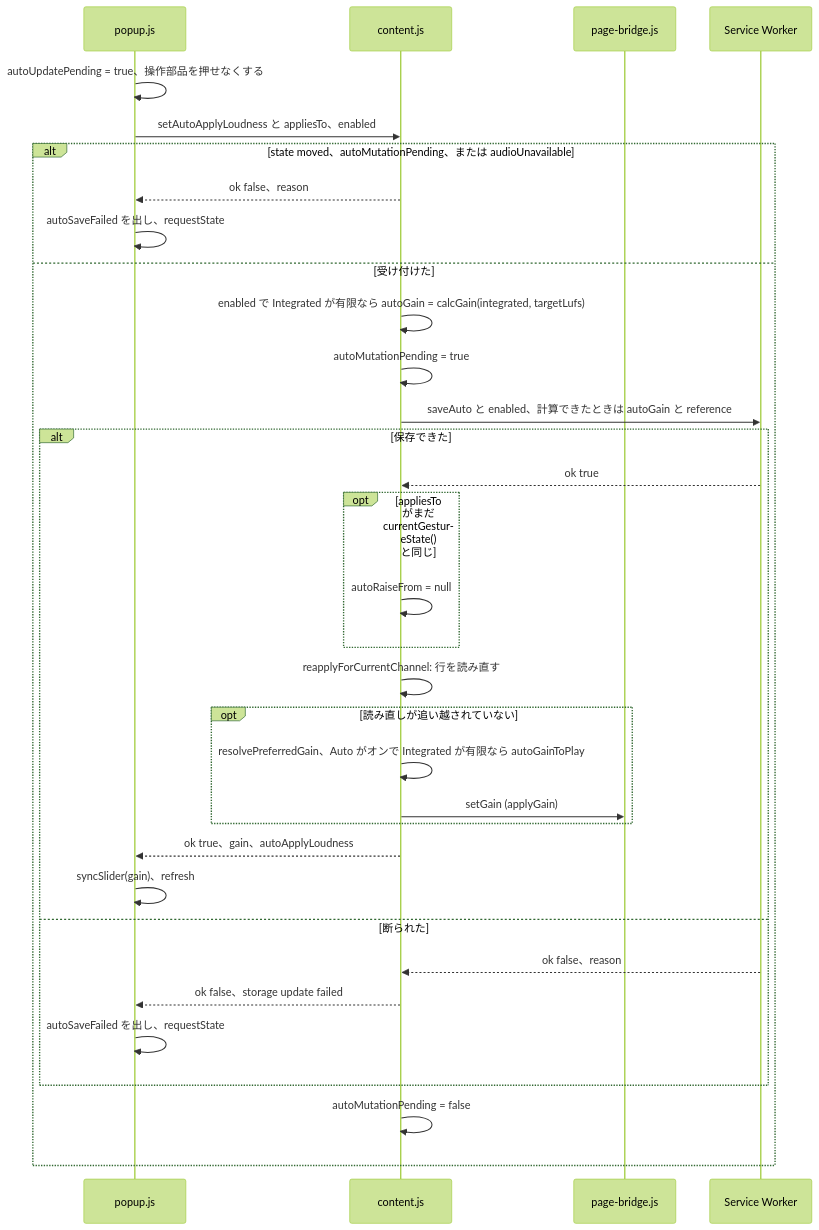
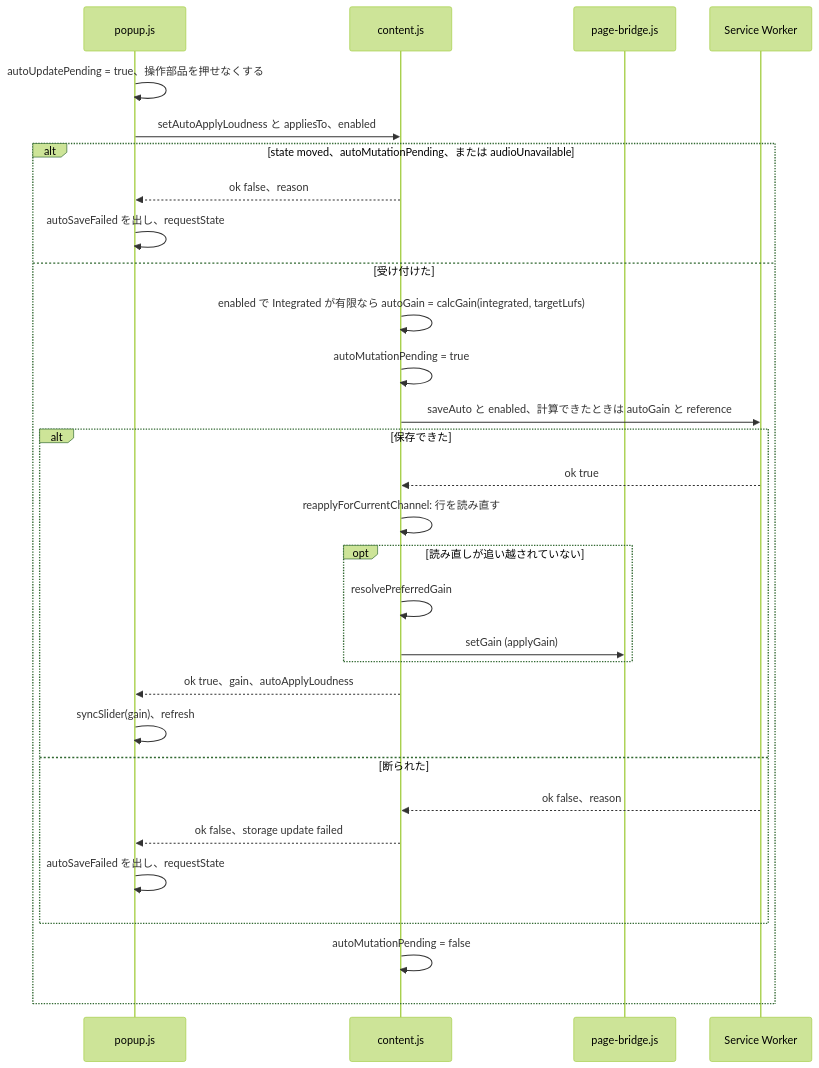
One commit to semnil/twitch-channel-volume changed the seventh of 17 diagrams in docs/gain-change-and-save.ja.md. Above: the diagram before and after it, drawn with Mermaid (forest theme). The commit also changed other lines of this file and 4 other files, not shown here.

Commit message:
docs: describe Auto as playing the gain the Integrated value asks for

````diff
--- a/docs/gain-change-and-save.ja.md
+++ b/docs/gain-change-and-save.ja.md
@@ -328,35 +328,32 @@
 ```mermaid
 sequenceDiagram
   participant popup as popup.js
   participant content as content.js
   participant bridge as page-bridge.js
   participant sw as Service Worker
   popup->>popup: autoUpdatePending = true、操作部品を押せなくする
   popup->>content: setAutoApplyLoudness と appliesTo、enabled
   alt state moved、autoMutationPending、または audioUnavailable
     content-->>popup: ok false、reason
     popup->>popup: autoSaveFailed を出し、requestState
   else 受け付けた
     content->>content: enabled で Integrated が有限なら autoGain = calcGain(integrated, targetLufs)
     content->>content: autoMutationPending = true
     content->>sw: saveAuto と enabled、計算できたときは autoGain と reference
     alt 保存できた
       sw-->>content: ok true
-      opt appliesTo がまだ currentGestureState() と同じ
-        content->>content: autoRaiseFrom = null
-      end
       content->>content: reapplyForCurrentChannel: 行を読み直す
       opt 読み直しが追い越されていない
-        content->>content: resolvePreferredGain、Auto がオンで Integrated が有限なら autoGainToPlay
+        content->>content: resolvePreferredGain
         content->>bridge: setGain (applyGain)
       end
       content-->>popup: ok true、gain、autoApplyLoudness
       popup->>popup: syncSlider(gain)、refresh
     else 断られた
       sw-->>content: ok false、reason
       content-->>popup: ok false、storage update failed
       popup->>popup: autoSaveFailed を出し、requestState
     end
     content->>content: autoMutationPending = false
   end
 ```
````
